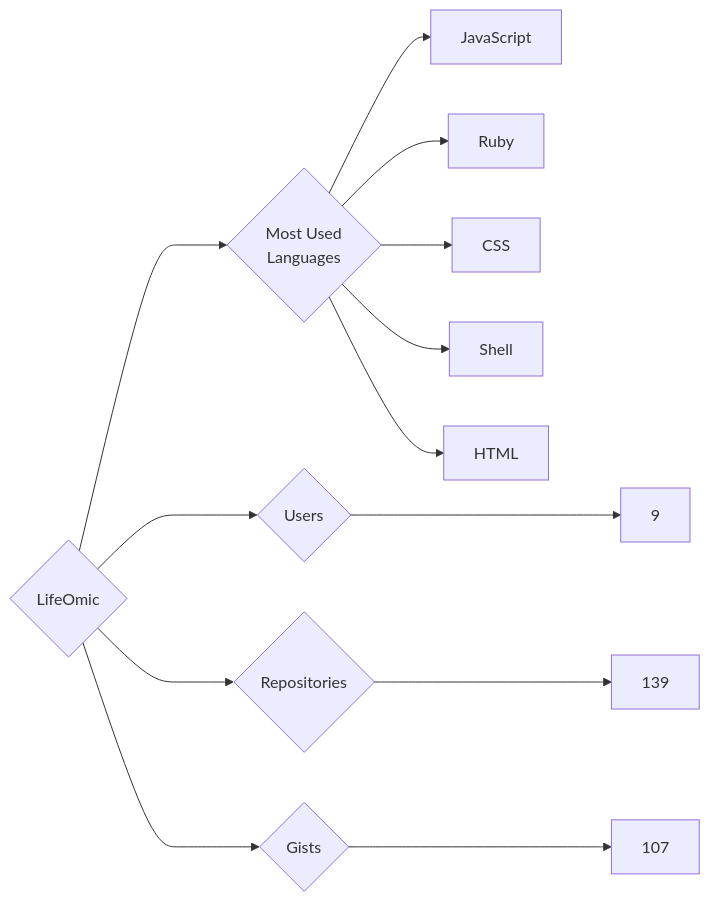
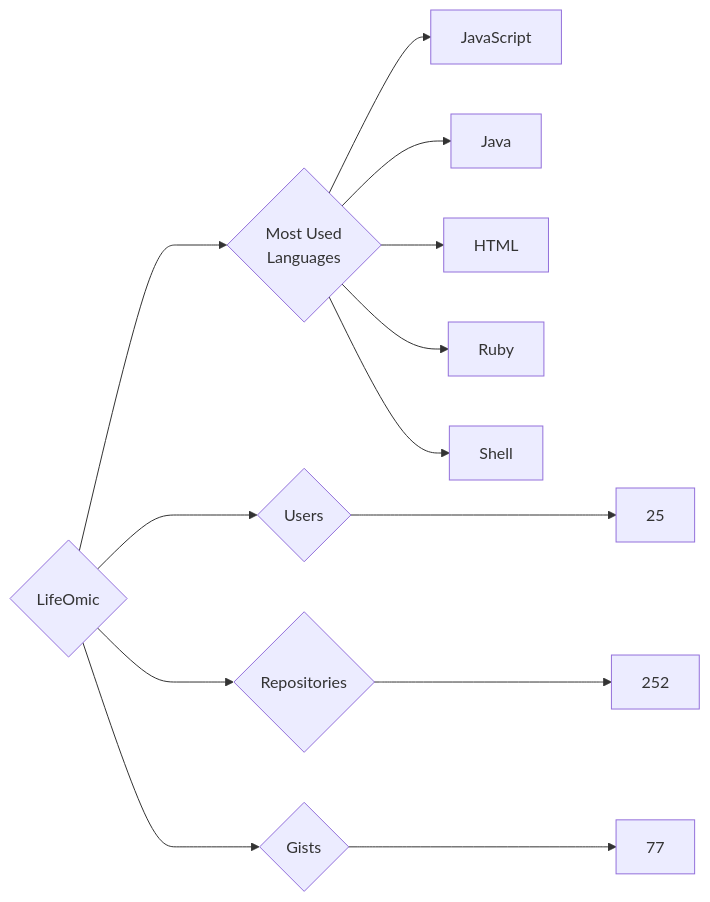
Before and after one commit to trickest/insiders: the diagram in targets/LifeOmic/README.md, drawn with Mermaid. The commit also changed 872 other files, not shown here.

````diff
--- a/targets/LifeOmic/README.md
+++ b/targets/LifeOmic/README.md
@@ -3,13 +3,13 @@
 ```mermaid
 graph LR
 COMPANY_NAME{LifeOmic}
-COMPANY_NAME ---> U{Users} ---> UN[9]
-COMPANY_NAME ---> R{Repositories} ---> RN[139]
-COMPANY_NAME ---> G{Gists} ---> GN[107]
+COMPANY_NAME ---> U{Users} ---> UN[25]
+COMPANY_NAME ---> R{Repositories} ---> RN[252]
+COMPANY_NAME ---> G{Gists} ---> GN[77]
 COMPANY_NAME ---> ML{Most Used<br>Languages}
 ML --> JavaScript[JavaScript]
+ML --> Java[Java]
+ML --> HTML[HTML]
 ML --> Ruby[Ruby]
-ML --> CSS[CSS]
 ML --> Shell[Shell]
-ML --> HTML[HTML]
 ```
````
